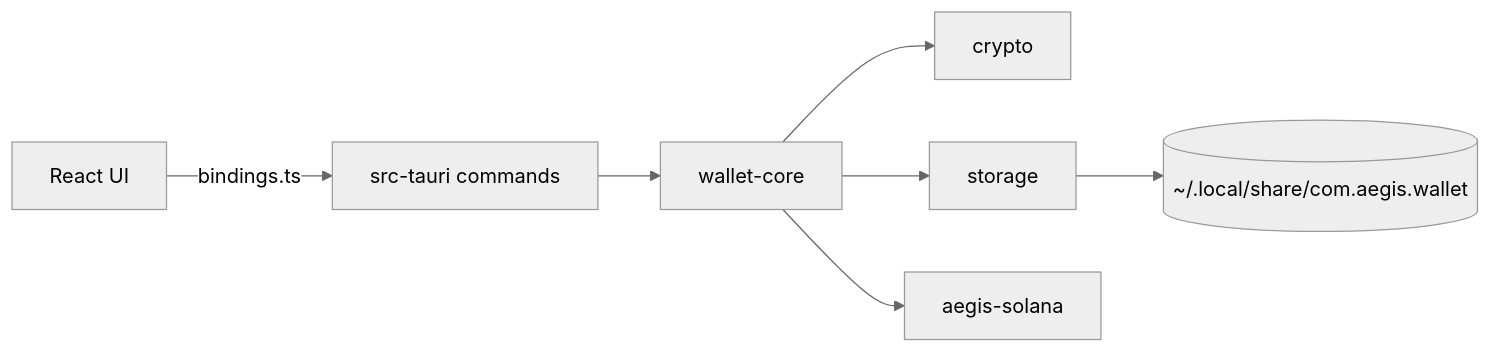
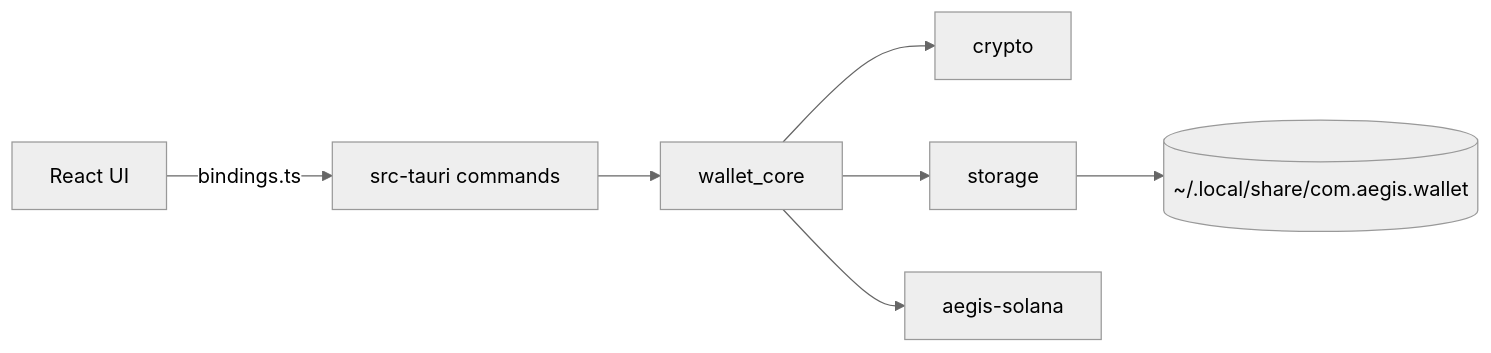
Before and after one commit to antonpiat/taurvia: the second of 2 diagrams in README.md, drawn with Mermaid (neutral theme). The commit also changed other lines of this file and 13 other files, not shown here.

````diff
--- a/README.md
+++ b/README.md
@@ -125,9 +125,9 @@
 ```mermaid
 flowchart LR
   UI["React UI"] -->|bindings.ts| Shell["src-tauri commands"]
-  Shell --> WC["wallet-core"]
+  Shell --> WC["wallet_core"]
   WC --> CRYPTO["crypto"]
   WC --> STORE["storage"]
   WC --> SOL["aegis-solana"]
   STORE --> DISK[("~/.local/share/com.aegis.wallet")]
 ```
````
